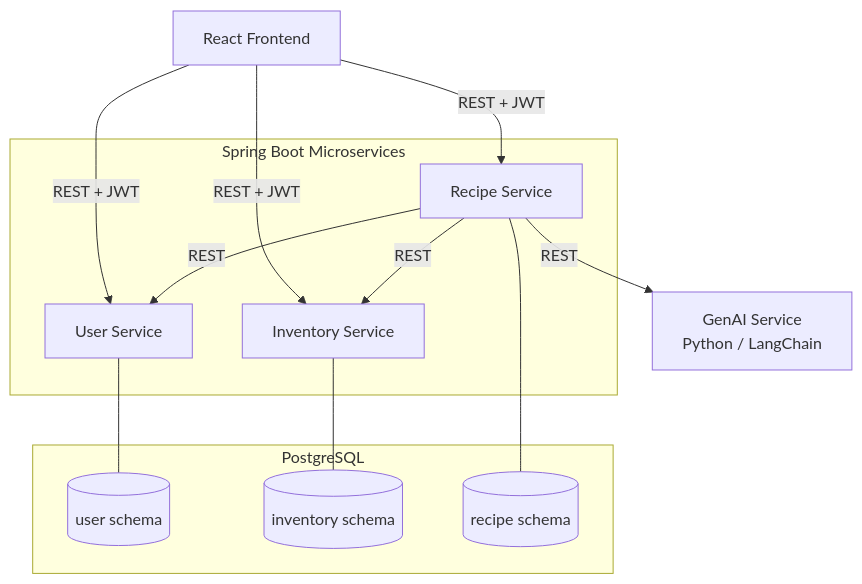
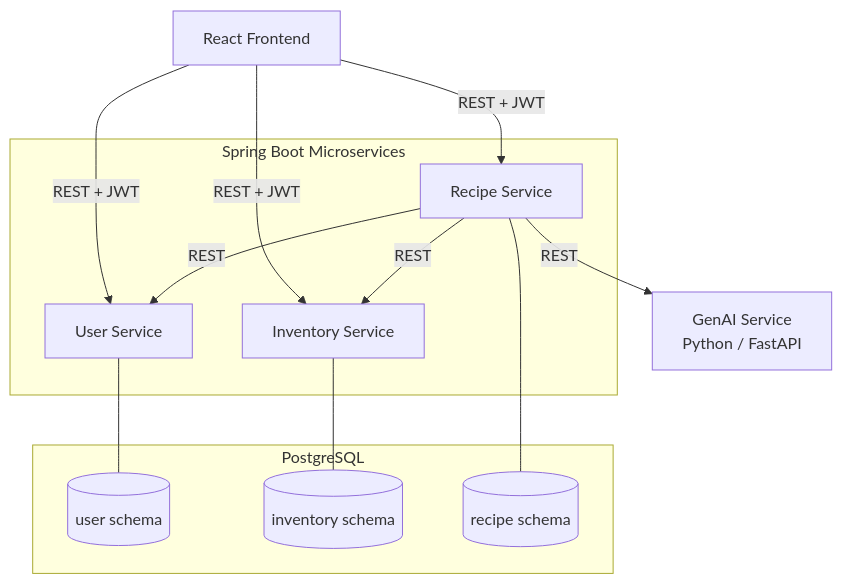
The third of 3 diagrams in system-structure.md (AET-DevOps26/team-efficiency-o-ubahn), drawn with Mermaid before and after one commit. The commit also changed other lines of this file and 2 other files, not shown here.

````diff
--- a/system-structure.md
+++ b/system-structure.md
@@ -130,28 +130,28 @@
 ```mermaid
 graph TD
     Client[React Frontend]
 
     subgraph Spring Boot Microservices
         US[User Service]
         IS[Inventory Service]
         RS[Recipe Service]
     end
 
-    GenAI[GenAI Service\nPython / LangChain]
+    GenAI[GenAI Service\nPython / FastAPI]
 
     subgraph PostgreSQL
         UDB[(user schema)]
         IDB[(inventory schema)]
         RDB[(recipe schema)]
     end
 
     Client -- REST + JWT --> US
     Client -- REST + JWT --> IS
     Client -- REST + JWT --> RS
     RS -- REST --> IS
     RS -- REST --> US
     RS -- REST --> GenAI
     US --- UDB
     IS --- IDB
     RS --- RDB
 ```
````
